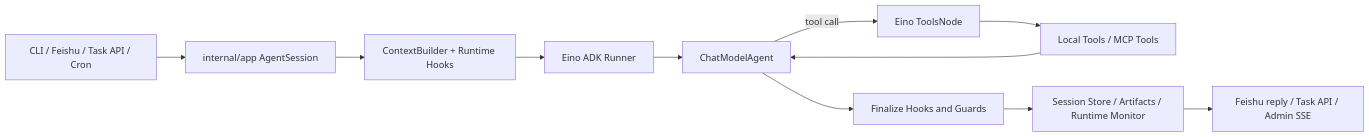
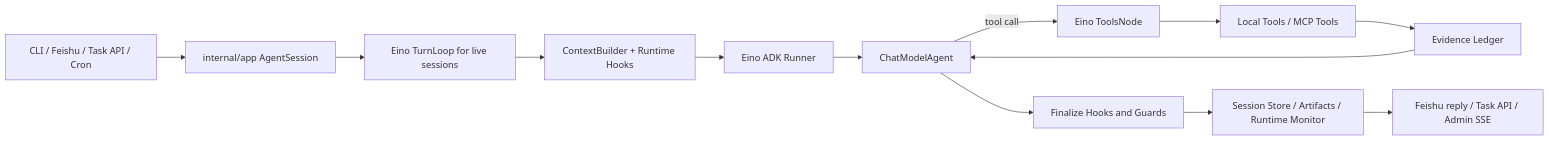
One commit to TernuraWZY/ternura changed the first of 2 diagrams in docs/architecture.md. Above: the diagram before and after it, drawn with Mermaid. The commit also changed other lines of this file and 24 other files, not shown here.

Commit message:
Add turn evidence and live correction

````diff
--- a/docs/architecture.md
+++ b/docs/architecture.md
@@ -33,13 +33,15 @@
 ```mermaid
 flowchart LR
     U["CLI / Feishu / Task API / Cron"] --> A["internal/app AgentSession"]
-    A --> C["ContextBuilder + Runtime Hooks"]
+    A --> TL["Eino TurnLoop for live sessions"]
+    TL --> C["ContextBuilder + Runtime Hooks"]
     C --> R["Eino ADK Runner"]
     R --> M["ChatModelAgent"]
     M -->|tool call| T["Eino ToolsNode"]
-    T --> L["Local Tools / MCP Tools"]
-    L --> M
+    T --> LT["Local Tools / MCP Tools"]
+    LT --> E["Evidence Ledger"]
+    E --> M
     M --> G["Finalize Hooks and Guards"]
     G --> P["Session Store / Artifacts / Runtime Monitor"]
     P --> O["Feishu reply / Task API / Admin SSE"]
 ```
````
